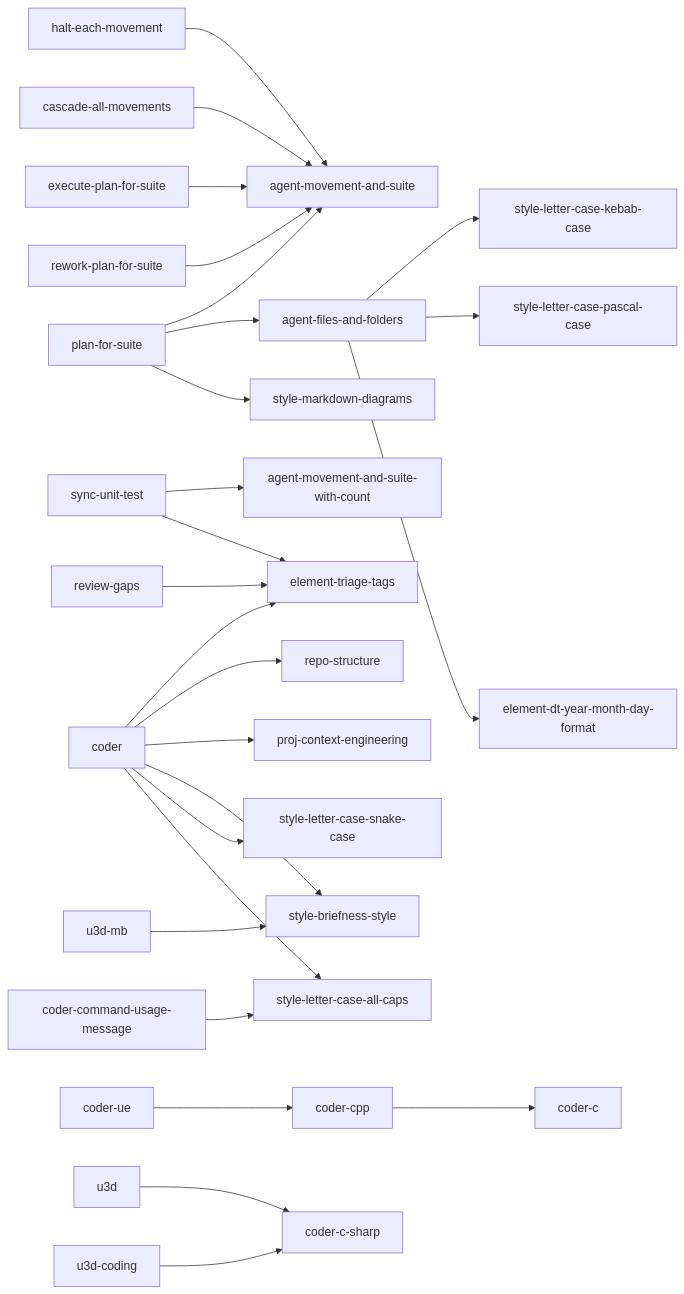
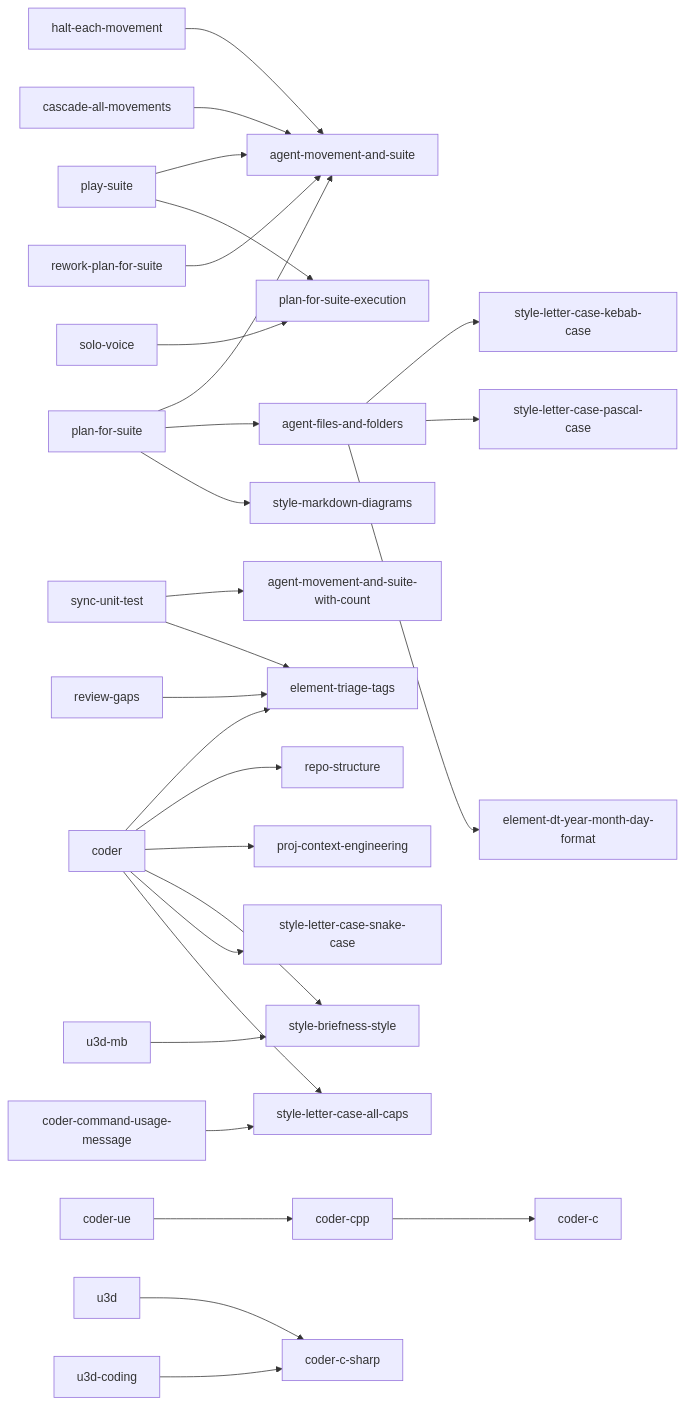
One commit to kami-lel/kaye-library changed the first of 10 diagrams in docs/blueprint-doc.md. Above: the diagram before and after it, drawn with Mermaid. The commit also changed other lines of this file and 7 other files, not shown here.

First line of the commit message:
split Plan for Suite Execution: shared rules, play-suite, solo-voice

````diff
--- a/docs/blueprint-doc.md
+++ b/docs/blueprint-doc.md
@@ -11,28 +11,30 @@
 ```mermaid
 flowchart LR
     halt_each_movement["halt-each-movement"] --> agent_movement_and_suite["agent-movement-and-suite"]
     cascade_all_movements["cascade-all-movements"] --> agent_movement_and_suite
     plan_for_suite["plan-for-suite"] --> agent_movement_and_suite
-    execute_plan_for_suite["execute-plan-for-suite"] --> agent_movement_and_suite
+    play_suite["play-suite"] --> agent_movement_and_suite
+    play_suite --> plan_for_suite_execution["plan-for-suite-execution"]
+    solo_voice["solo-voice"] --> plan_for_suite_execution
     rework_plan_for_suite["rework-plan-for-suite"] --> agent_movement_and_suite
     sync_unit_test["sync-unit-test"] --> agent_movement_and_suite_with_count["agent-movement-and-suite-with-count"]
     plan_for_suite --> agent_files_and_folders["agent-files-and-folders"]
     plan_for_suite --> style_markdown_diagrams["style-markdown-diagrams"]
     agent_files_and_folders --> style_letter_case_kebab_case["style-letter-case-kebab-case"]
     agent_files_and_folders --> style_letter_case_pascal_case["style-letter-case-pascal-case"]
     agent_files_and_folders --> element_dt_year_month_day_format["element-dt-year-month-day-format"]
     sync_unit_test --> element_triage_tags["element-triage-tags"]
     review_gaps["review-gaps"] --> element_triage_tags
     coder --> element_triage_tags
     coder --> repo_structure["repo-structure"]
     coder --> proj_context_engineering["proj-context-engineering"]
     coder --> style_briefness_style["style-briefness-style"]
     coder --> style_letter_case_snake_case["style-letter-case-snake-case"]
     coder --> style_letter_case_all_caps["style-letter-case-all-caps"]
     coder_command_usage_message["coder-command-usage-message"] --> style_letter_case_all_caps
     coder_cpp["coder-cpp"] --> coder_c["coder-c"]
     coder_ue["coder-ue"] --> coder_cpp
     u3d --> coder_c_sharp["coder-c-sharp"]
     u3d_coding["u3d-coding"] --> coder_c_sharp
     u3d_mb["u3d-mb"] --> style_briefness_style
 ```
````
